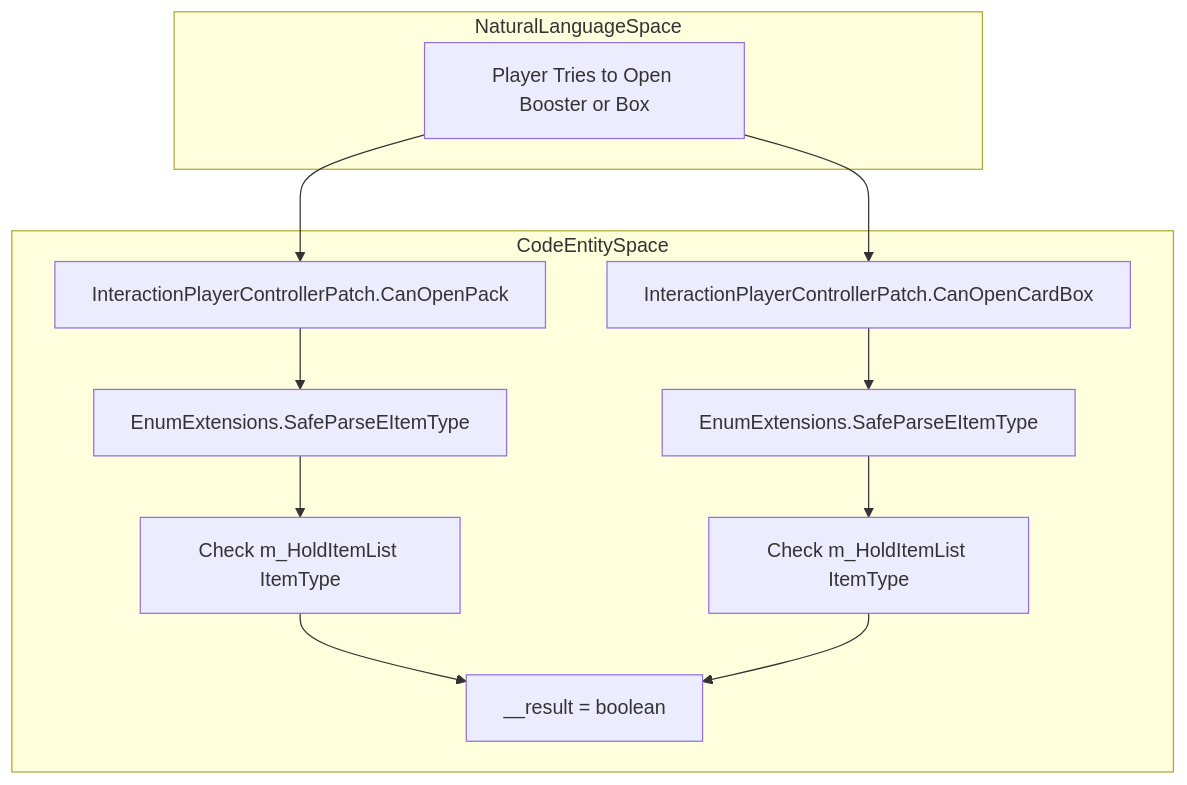
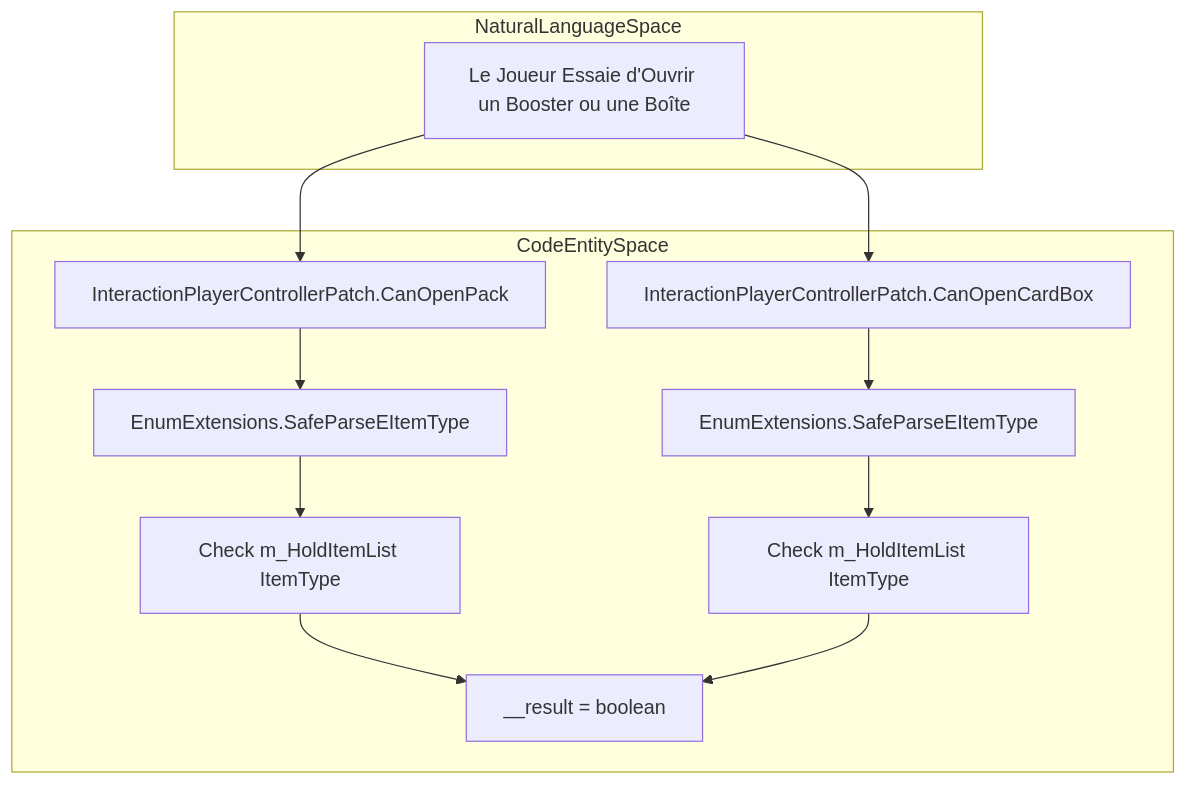
One commit to Drakilis-57/WankulCrazy changed the second of 2 diagrams in wiki/Interaction Joueur et Boîtes de Cartes.md. Above: the diagram before and after it, drawn with Mermaid. The commit also changed other lines of this file and 14 other files, not shown here.

````diff
--- a/wiki/Interaction Joueur et Boîtes de Cartes.md
+++ b/wiki/Interaction Joueur et Boîtes de Cartes.md
@@ -64,35 +64,35 @@
 ```mermaid
 flowchart TD
 
-A["Player Tries to Open Booster or Box"]
+A["Le Joueur Essaie d'Ouvrir un Booster ou une Boîte"]
 B["InteractionPlayerControllerPatch.CanOpenPack"]
 C["InteractionPlayerControllerPatch.CanOpenCardBox"]
 D["EnumExtensions.SafeParseEItemType"]
 E["EnumExtensions.SafeParseEItemType"]
 F["Check m_HoldItemList ItemType"]
 G["Check m_HoldItemList ItemType"]
 H["__result = boolean"]
 
 A --> B
 A --> C
 
 subgraph CodeEntitySpace ["CodeEntitySpace"]
     B
     C
     D
     E
     F
     G
     H
     B --> D
     C --> E
     D --> F
     E --> G
     F --> H
     G --> H
 end
 
 subgraph NaturalLanguageSpace ["NaturalLanguageSpace"]
     A
 end
 ```
````
